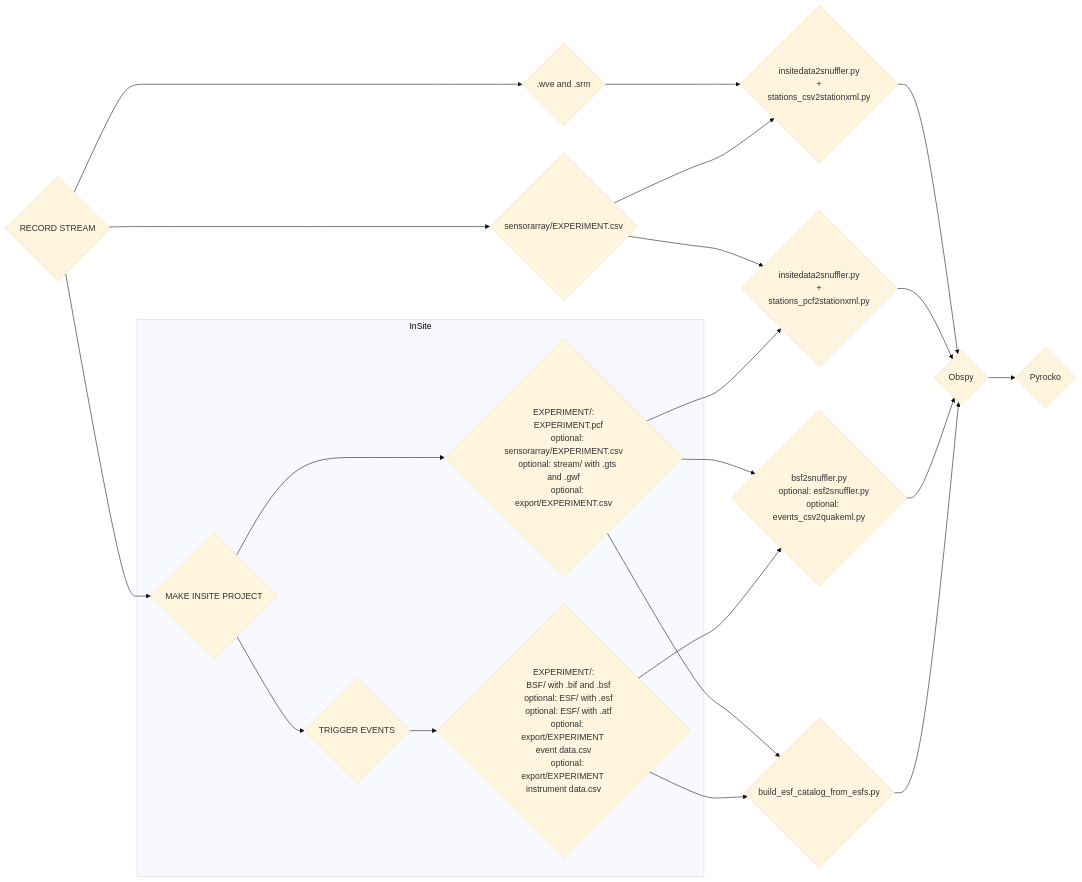
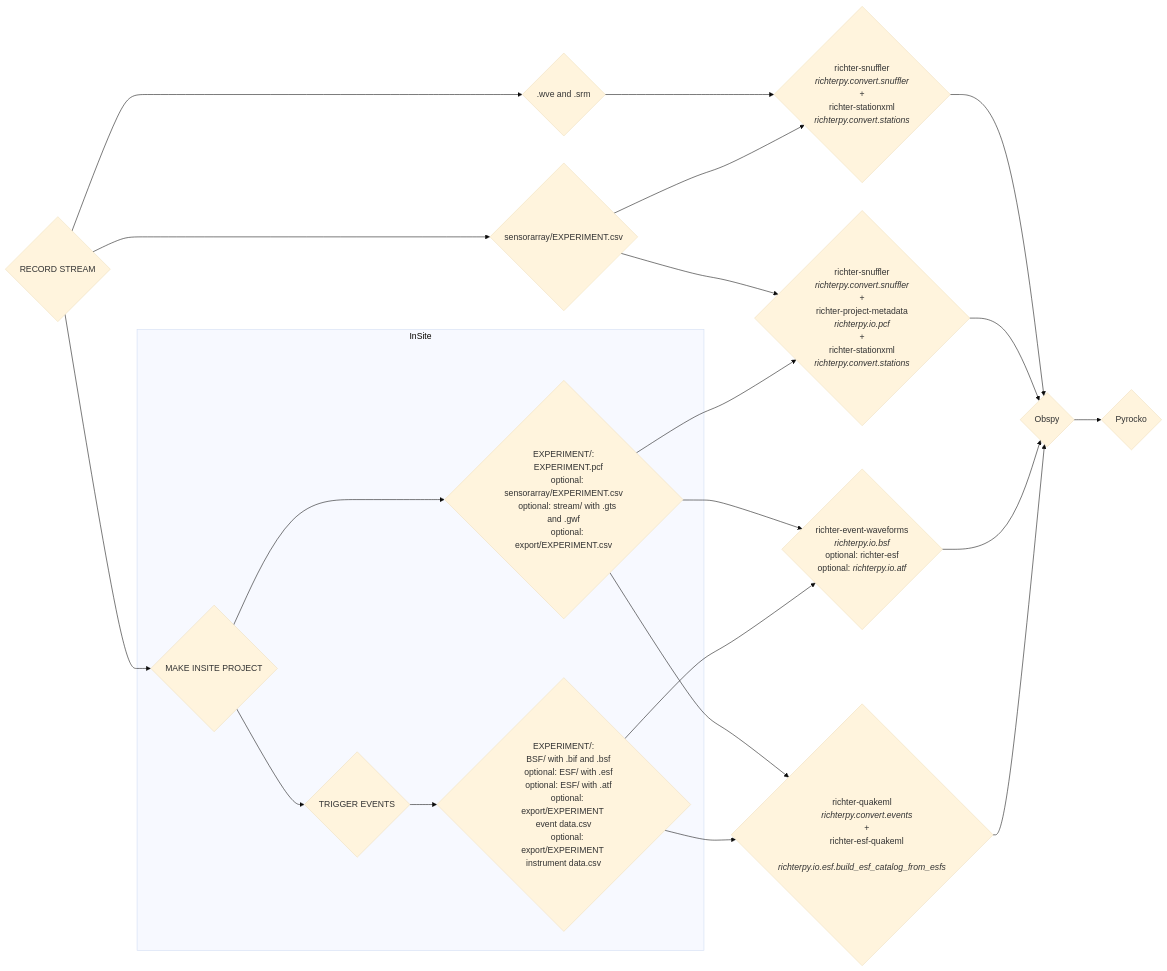
Before and after one commit to hpht-rockearthquakemechanics/richterpy: the diagram in RICHTER.md, drawn with Mermaid (base theme). The commit also changed other lines of this file and 2 other files, not shown here.

Commit message:
cleanup of naming across project docs

```diff
--- a/RICHTER.md
+++ b/RICHTER.md
@@ -45,23 +45,35 @@
     optional: export/EXPERIMENT instrument data.csv
 }
 O1{
-    insitedata2snuffler.py
+    richter-snuffler
+    <i>richterpy.convert.snuffler</i>
     +
-    stations_csv2stationxml.py
+    richter-stationxml
+    <i>richterpy.convert.stations</i>
 }
 O2{
-    insitedata2snuffler.py
+    richter-snuffler
+    <i>richterpy.convert.snuffler</i>
     +
-    stations_pcf2stationxml.py
+    richter-project-metadata
+    <i>richterpy.io.pcf</i>
+    +
+    richter-stationxml
+    <i>richterpy.convert.stations</i>
 }
 O3{
-    bsf2snuffler.py
-    optional: esf2snuffler.py
-    optional: events_csv2quakeml.py
+    richter-event-waveforms
+    <i>richterpy.io.bsf</i>
+    optional: richter-esf
+    optional: <i>richterpy.io.atf</i>
 
 }
 O4{
-    build_esf_catalog_from_esfs.py
+    richter-quakeml
+    <i>richterpy.convert.events</i>
+    +
+    richter-esf-quakeml
+    <i>richterpy.io.esf.build_esf_catalog_from_esfs</i>
 }
 O{
     Obspy
```
